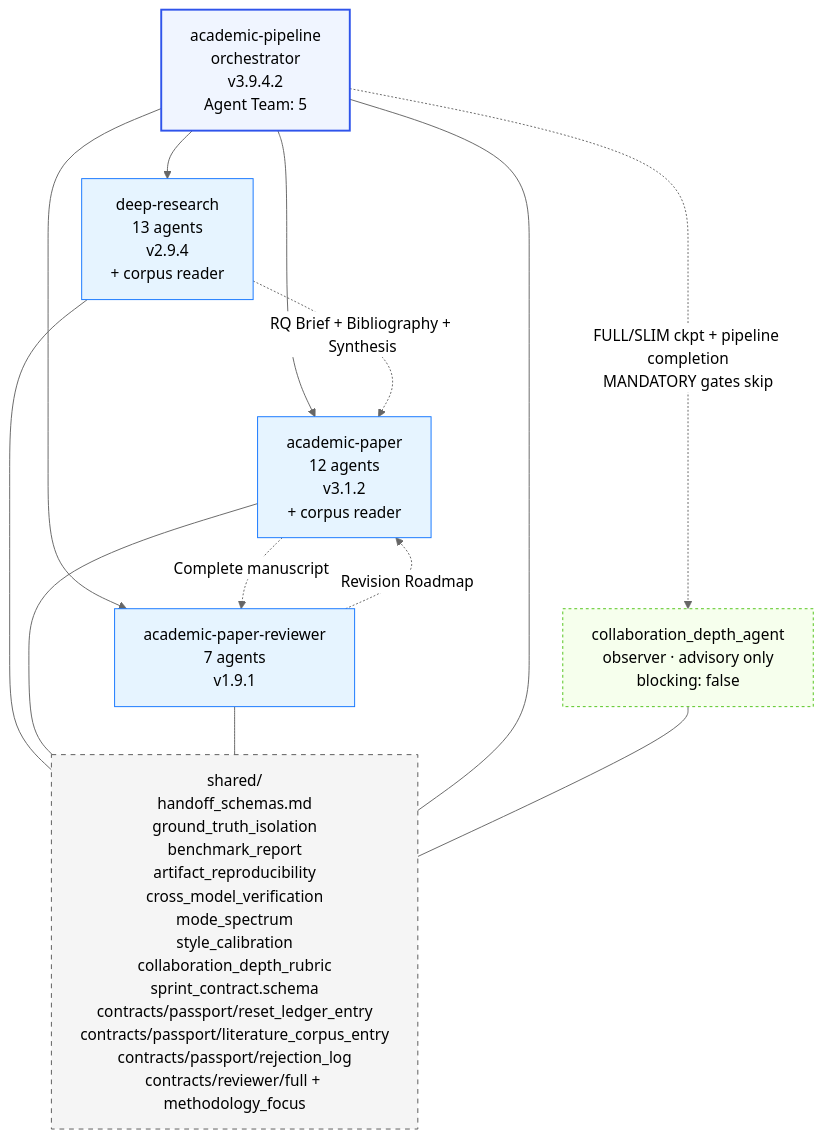
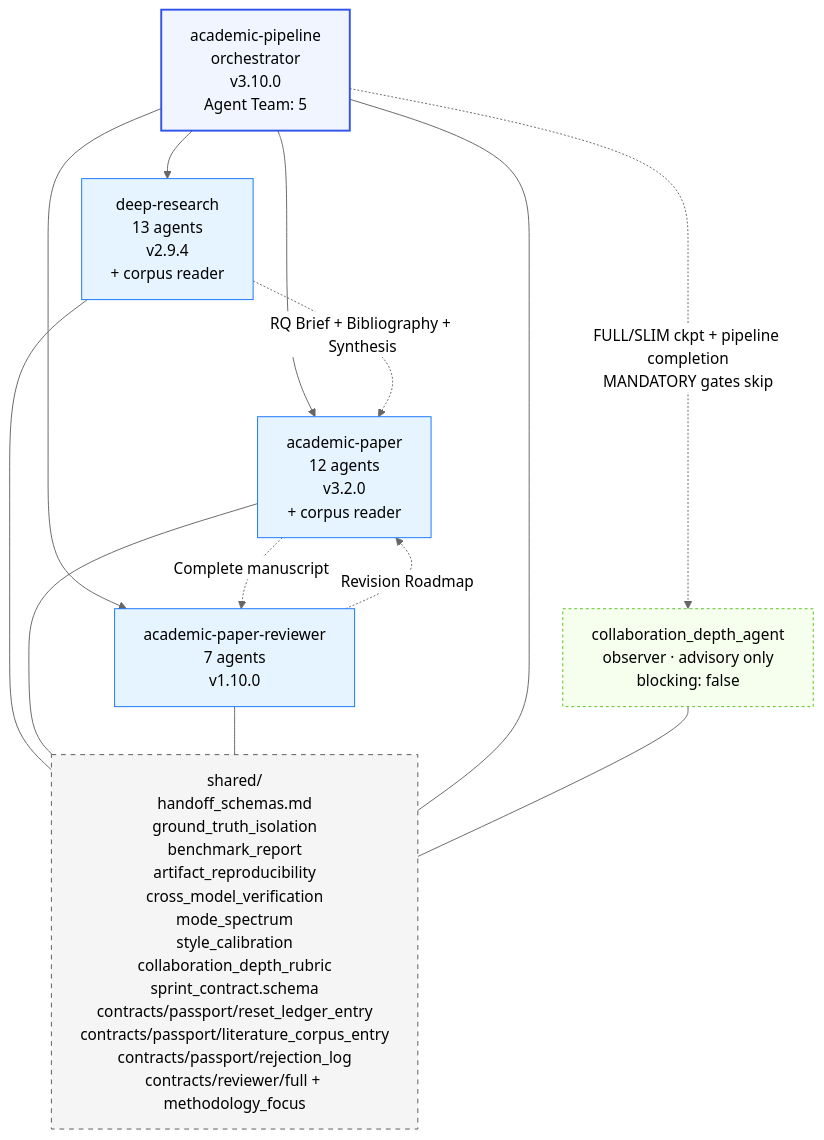
One commit to Imbad0202/academic-research-skills changed the fourth of 5 diagrams in docs/ARCHITECTURE.md. Above: the diagram before and after it, drawn with Mermaid (neutral theme). The commit also changed other lines of this file and 13 other files, not shown here.

````diff
--- a/docs/ARCHITECTURE.md
+++ b/docs/ARCHITECTURE.md
@@ -201,31 +201,31 @@
 ```mermaid
 graph TD
-    Pipeline[academic-pipeline<br/>orchestrator<br/>v3.9.4.2<br/>Agent Team: 5]
+    Pipeline[academic-pipeline<br/>orchestrator<br/>v3.10.0<br/>Agent Team: 5]
     Observer[collaboration_depth_agent<br/>observer · advisory only<br/>blocking: false]
     DR[deep-research<br/>13 agents<br/>v2.9.4<br/>+ corpus reader]
-    AP[academic-paper<br/>12 agents<br/>v3.1.2<br/>+ corpus reader]
-    APR[academic-paper-reviewer<br/>7 agents<br/>v1.9.1]
+    AP[academic-paper<br/>12 agents<br/>v3.2.0<br/>+ corpus reader]
+    APR[academic-paper-reviewer<br/>7 agents<br/>v1.10.0]
     Shared[shared/<br/>handoff_schemas.md<br/>ground_truth_isolation<br/>benchmark_report<br/>artifact_reproducibility<br/>cross_model_verification<br/>mode_spectrum<br/>style_calibration<br/>collaboration_depth_rubric<br/>sprint_contract.schema<br/>contracts/passport/reset_ledger_entry<br/>contracts/passport/literature_corpus_entry<br/>contracts/passport/rejection_log<br/>contracts/reviewer/full + methodology_focus]
 
     Pipeline --> DR
     Pipeline --> AP
     Pipeline --> APR
     Pipeline -. "FULL/SLIM ckpt + pipeline completion<br/>MANDATORY gates skip" .-> Observer
     DR -. "RQ Brief + Bibliography + Synthesis" .-> AP
     AP -. "Complete manuscript" .-> APR
     APR -. "Revision Roadmap" .-> AP
     DR --- Shared
     AP --- Shared
     APR --- Shared
     Pipeline --- Shared
     Observer --- Shared
 
     classDef orch fill:#f0f5ff,stroke:#2f54eb,stroke-width:2px
     classDef skill fill:#e6f4ff,stroke:#1677ff
     classDef shared fill:#f5f5f5,stroke:#595959,stroke-dasharray:5 5
     classDef observer fill:#f6ffed,stroke:#52c41a,stroke-dasharray:3 3
     class Pipeline orch
     class DR,AP,APR skill
     class Shared shared
     class Observer observer
 ```
````
